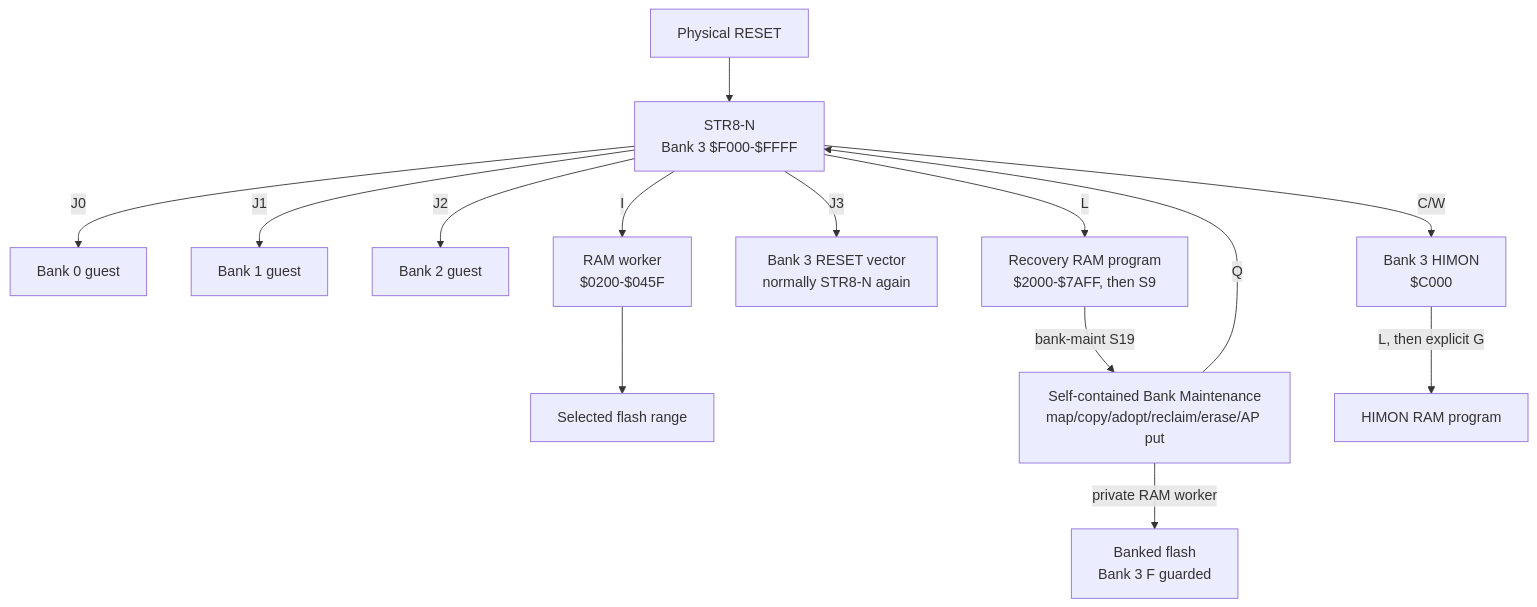
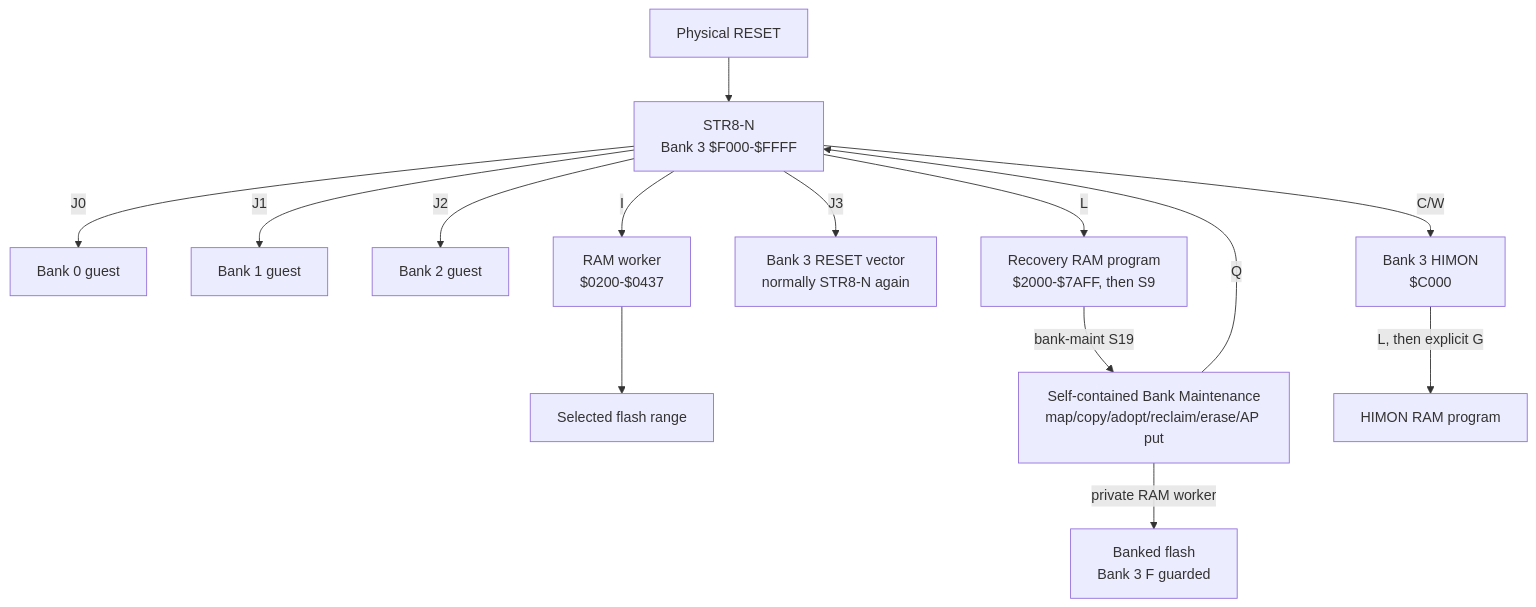
One commit to 95westus/STR8-N changed the first of 14 diagrams in docs/MAPS.md. Above: the diagram before and after it, drawn with Mermaid. The commit also changed other lines of this file and 66 other files, not shown here.

````diff
--- a/docs/MAPS.md
+++ b/docs/MAPS.md
@@ -7,16 +8,16 @@
 ```mermaid
 flowchart TB
     RESET[Physical RESET] --> S[STR8-N<br/>Bank 3 $F000-$FFFF]
     S -->|J0| B0[Bank 0 guest]
     S -->|J1| B1[Bank 1 guest]
     S -->|J2| B2[Bank 2 guest]
     S -->|C/W| B3[Bank 3 HIMON<br/>$C000]
     S -->|J3| R3[Bank 3 RESET vector<br/>normally STR8-N again]
-    S -->|I| W[RAM worker<br/>$0200-$045F]
+    S -->|I| W[RAM worker<br/>$0200-$0437]
     W --> FLASH[Selected flash range]
     S -->|L| RAM[Recovery RAM program<br/>$2000-$7AFF, then S9]
     RAM -->|bank-maint S19| BM[Self-contained Bank Maintenance<br/>map/copy/adopt/reclaim/erase/AP put]
     BM -->|private RAM worker| FLASH2[Banked flash<br/>Bank 3 F guarded]
     BM -->|Q| S
     B3 -->|L, then explicit G| RAM2[HIMON RAM program]
 ```
````
